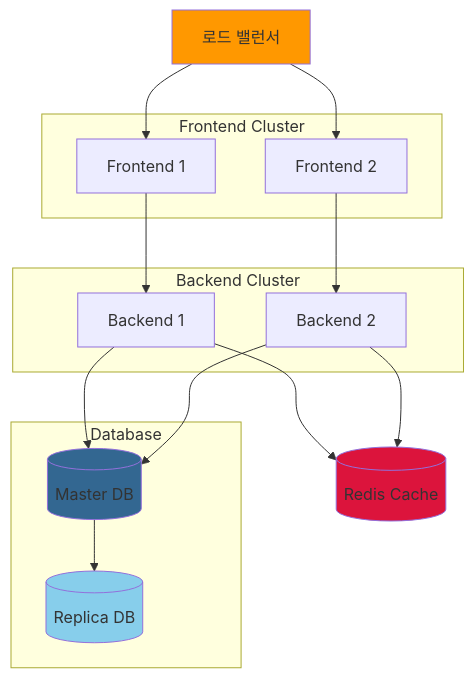
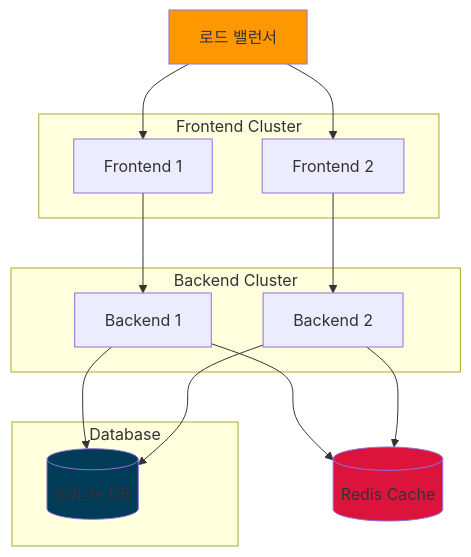
Before and after one commit to yuno110/vide-start: diagram 12 of 13 in docs/design.md, drawn with Mermaid. The commit also changed other lines of this file and 2 other files, not shown here.

````diff
--- a/docs/design.md
+++ b/docs/design.md
@@ -987,36 +966,33 @@
 ```mermaid
 graph TB
     LB[로드 밸런서]
 
     subgraph "Frontend Cluster"
         F1[Frontend 1]
         F2[Frontend 2]
     end
 
     subgraph "Backend Cluster"
         B1[Backend 1]
         B2[Backend 2]
     end
 
     subgraph "Database"
-        Master[(Master DB)]
-        Replica[(Replica DB)]
+        SQLiteDB[(SQLite DB)]
     end
 
     Cache[(Redis Cache)]
 
     LB --> F1
     LB --> F2
     F1 --> B1
     F2 --> B2
     B1 --> Cache
     B2 --> Cache
-    B1 --> Master
-    B2 --> Master
-    Master --> Replica
+    B1 --> SQLiteDB
+    B2 --> SQLiteDB
 
     style LB fill:#ff9800
     style Cache fill:#dc143c
-    style Master fill:#336791
-    style Replica fill:#87ceeb
+    style SQLiteDB fill:#003B57
 ```
````
